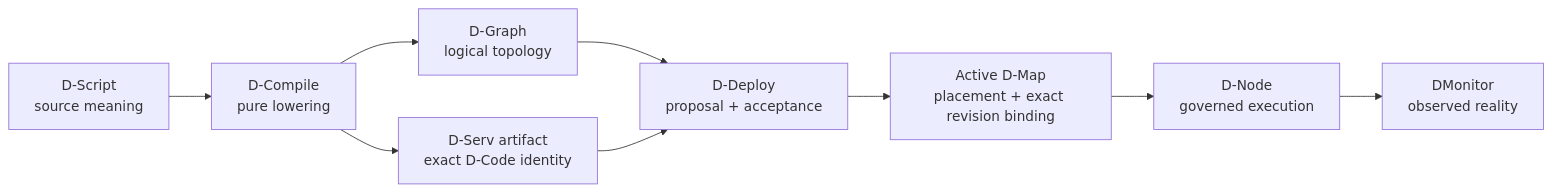
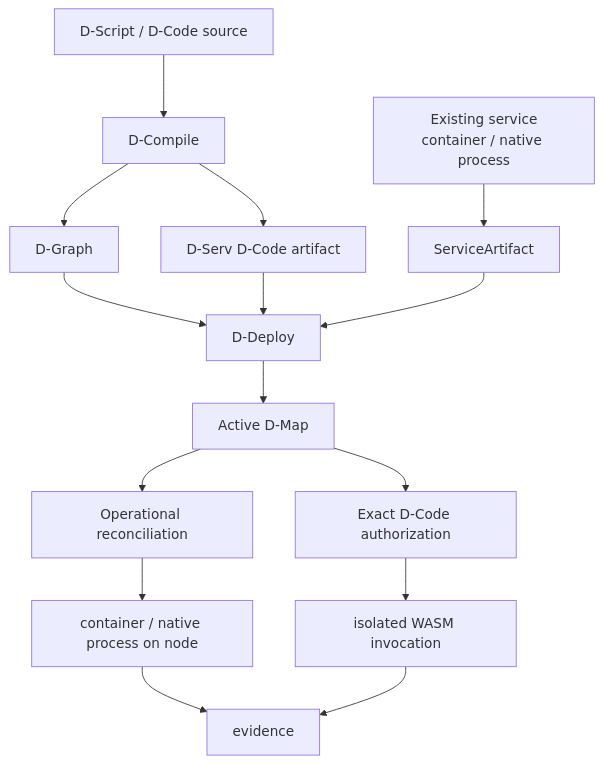
Before and after one commit to dnredson/datum-docs: the diagram in docs/index.md, drawn with Mermaid. The commit also changed other lines of this file and 10 other files, not shown here.

Commit message:
docs: add service-to-node deployment tutorials

````diff
--- a/docs/index.md
+++ b/docs/index.md
@@ -12,11 +12,19 @@
 ```mermaid
-flowchart LR
-    S["D-Script\nsource meaning"] --> C["D-Compile\npure lowering"]
-    C --> G["D-Graph\nlogical topology"]
-    C --> A["D-Serv artifact\nexact D-Code identity"]
-    G --> P["D-Deploy\nproposal + acceptance"]
-    A --> P
-    P --> M["Active D-Map\nplacement + exact revision binding"]
-    M --> X["D-Node\ngoverned execution"]
-    X --> O["DMonitor\nobserved reality"]
+flowchart TB
+    DS["D-Script / D-Code source"] --> DC["D-Compile"]
+    DC --> DG["D-Graph"]
+    DC --> DA["D-Serv D-Code artifact"]
+
+    SW["Existing service\ncontainer / native process"] --> SA["ServiceArtifact"]
+
+    DG --> DD["D-Deploy"]
+    SA --> DD
+    DA --> DD
+    DD --> DM["Active D-Map"]
+    DM --> OP["Operational reconciliation"]
+    DM --> CODE["Exact D-Code authorization"]
+    OP --> NODE["container / native process on node"]
+    CODE --> NODE2["isolated WASM invocation"]
+    NODE --> EV["evidence"]
+    NODE2 --> EV
 ```
````
